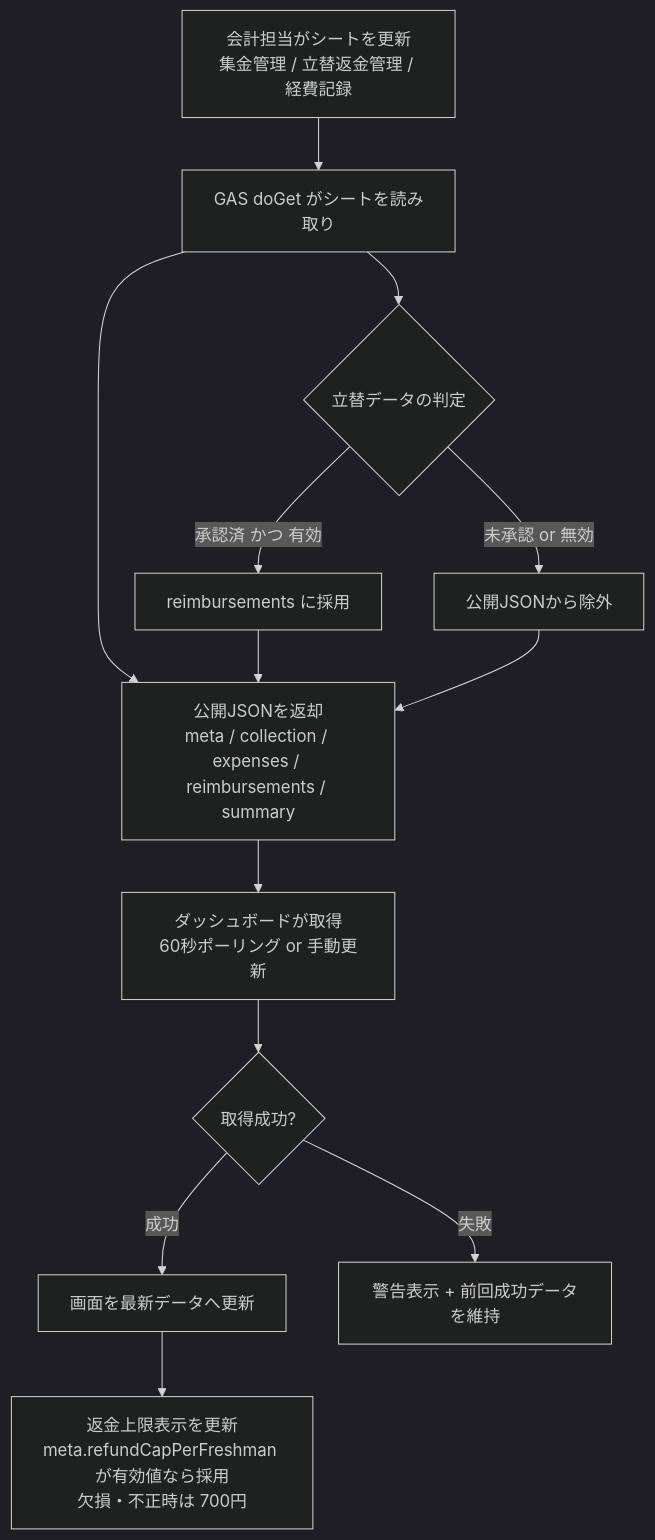
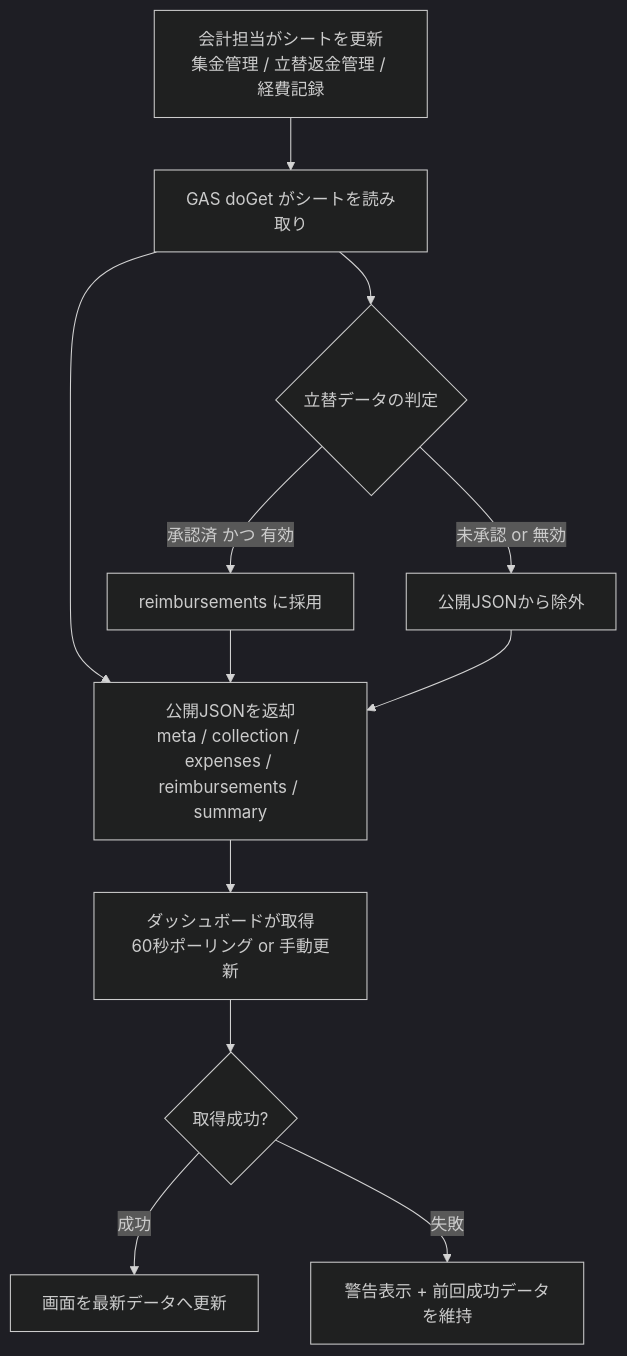
Before and after one commit to IshizukaHiroto/Jeunesse2026OrientationAccounting: the diagram in docs/diagrams/operations-flow.mmd, drawn with Mermaid (dark theme). The commit also changed 9 other files, not shown here.

```diff
--- a/docs/diagrams/operations-flow.mmd
+++ b/docs/diagrams/operations-flow.mmd
@@ -1,13 +1,12 @@
 flowchart TD
   A["会計担当がシートを更新<br/>集金管理 / 立替返金管理 / 経費記録"] --> B["GAS doGet がシートを読み取り"]
   B --> C{"立替データの判定"}
   C -->|承認済 かつ 有効| D["reimbursements に採用"]
   C -->|未承認 or 無効| E["公開JSONから除外"]
   B --> F["公開JSONを返却<br/>meta / collection / expenses / reimbursements / summary"]
   D --> F
   E --> F
   F --> G["ダッシュボードが取得<br/>60秒ポーリング or 手動更新"]
   G --> H{"取得成功?"}
   H -->|成功| I["画面を最新データへ更新"]
   H -->|失敗| J["警告表示 + 前回成功データを維持"]
-  I --> K["返金上限表示を更新<br/>meta.refundCapPerFreshman が有効値なら採用<br/>欠損・不正時は 700円"]
```
